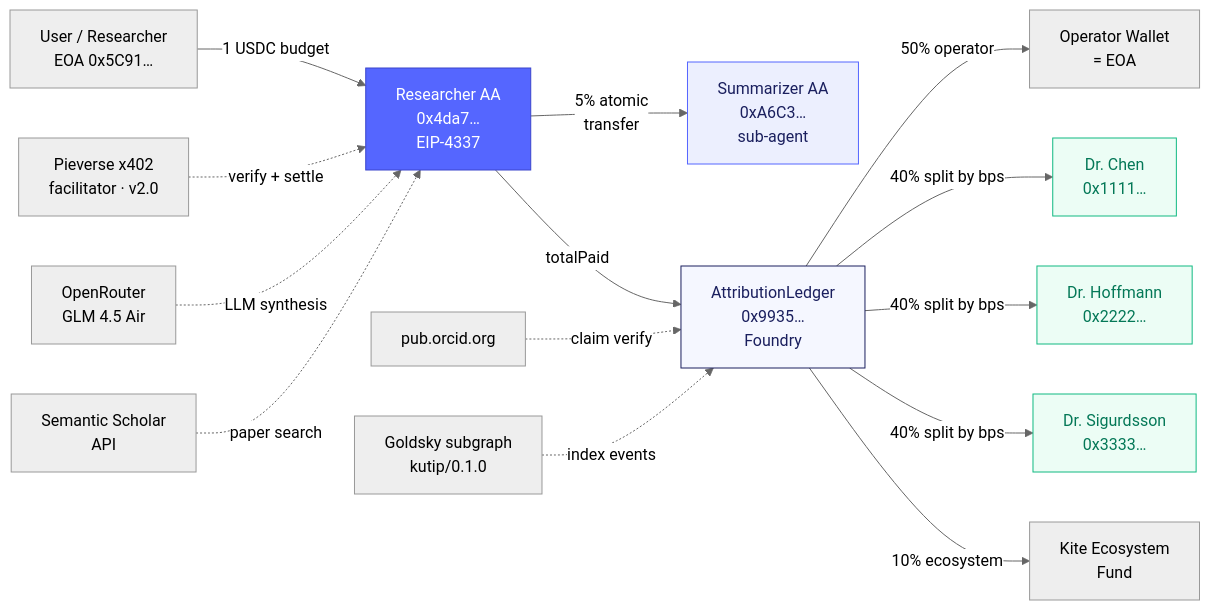
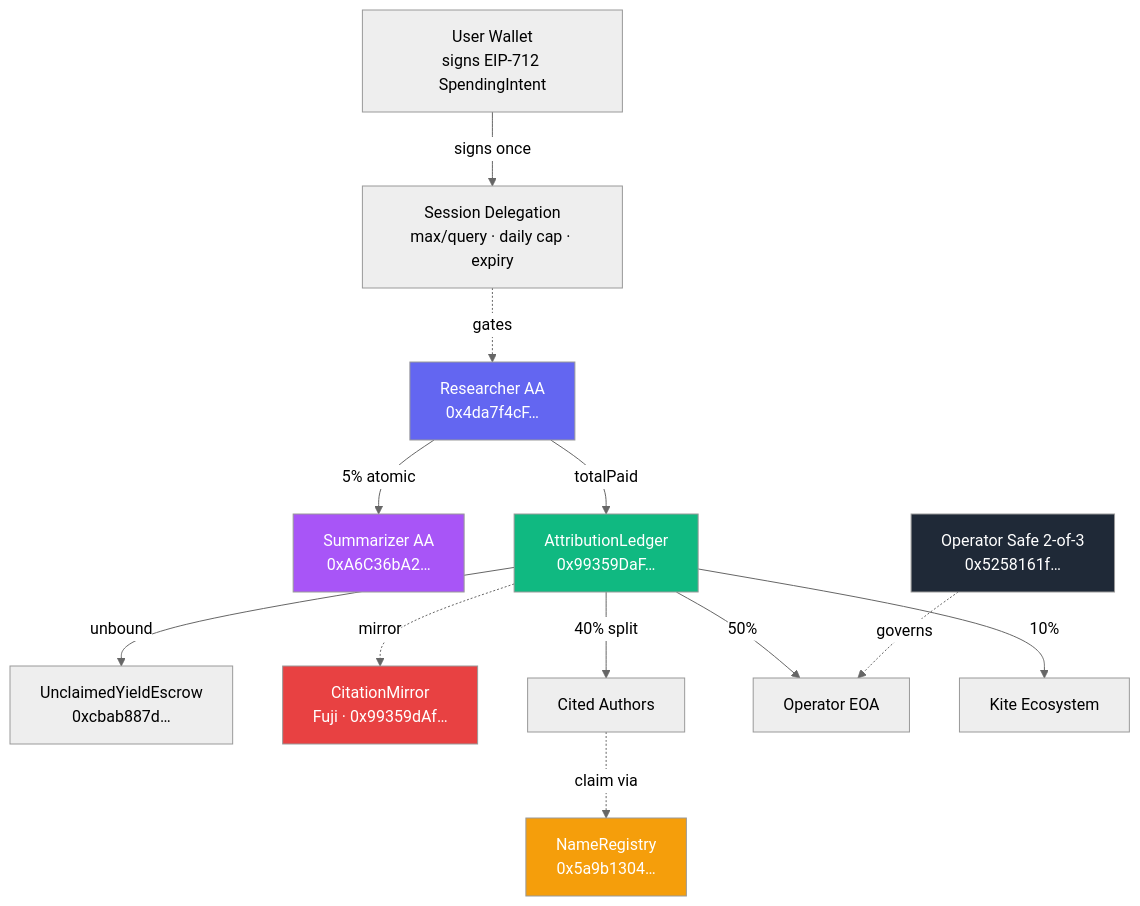
One commit to PugarHuda/kutip changed the diagram in docs/submission-copy.md. Above: the diagram before and after it, drawn with Mermaid (neutral theme). The commit also changed other lines of this file and 6 other files, not shown here.

````diff
--- a/docs/submission-copy.md
+++ b/docs/submission-copy.md
@@ -134,24 +130,31 @@
 ```mermaid
-flowchart LR
-  User[User / Researcher<br/>EOA 0x5C91…] -->|1 USDC budget| Researcher
-  Researcher[Researcher AA<br/>0x4da7…<br/>EIP-4337] -->|5% atomic<br/>transfer| Summarizer[Summarizer AA<br/>0xA6C3…<br/>sub-agent]
-  Researcher -->|totalPaid| Ledger[AttributionLedger<br/>0x9935…<br/>Foundry]
-  Ledger -->|50% operator| Operator[Operator Wallet<br/>= EOA]
-  Ledger -->|40% split by bps| Chen[Dr. Chen<br/>0x1111…]
-  Ledger -->|40% split by bps| Hoffmann[Dr. Hoffmann<br/>0x2222…]
-  Ledger -->|40% split by bps| Sigurdsson[Dr. Sigurdsson<br/>0x3333…]
-  Ledger -->|10% ecosystem| Eco[Kite Ecosystem<br/>Fund]
+flowchart TB
+    User[User Wallet<br/>signs EIP-712 SpendingIntent]
+    Passport[Session Delegation<br/>max/query · daily cap · expiry]
+    Researcher[Researcher AA<br/>0x4da7f4cF…]
+    Summarizer[Summarizer AA<br/>0xA6C36bA2…]
+    Ledger[AttributionLedger<br/>0x99359DaF…]
+    NameReg[NameRegistry<br/>0x5a9b1304…]
+    Escrow[UnclaimedYieldEscrow<br/>0xcbab887d…]
+    Mirror[CitationMirror<br/>Fuji · 0x99359dAf…]
+    Safe[Operator Safe 2-of-3<br/>0x5258161f…]
 
-  Pieverse[Pieverse x402<br/>facilitator · v2.0] -.verify + settle.-> Researcher
-  OpenRouter[OpenRouter<br/>GLM 4.5 Air] -.LLM synthesis.-> Researcher
-  SS[Semantic Scholar<br/>API] -.paper search.-> Researcher
-  ORCID[pub.orcid.org] -.claim verify.-> Ledger
-  Goldsky[Goldsky subgraph<br/>kutip/0.1.0] -.index events.-> Ledger
+    User --signs once--> Passport
+    Passport -.gates.-> Researcher
+    Researcher --5% atomic--> Summarizer
+    Researcher --totalPaid--> Ledger
+    Ledger --40% split--> Authors[Cited Authors]
+    Ledger --50%--> Operator[Operator EOA]
+    Ledger --10%--> Eco[Kite Ecosystem]
+    Authors -.claim via.-> NameReg
+    Ledger --unbound--> Escrow
+    Ledger -.mirror.-> Mirror
+    Safe -.governs.-> Operator
 
-  style Researcher fill:#5566ff,stroke:#3a44cc,color:#fff
-  style Summarizer fill:#eceffe,stroke:#5566ff,color:#1a1f5e
-  style Ledger fill:#f5f7ff,stroke:#1a1f5e,color:#1a1f5e
-  style Chen fill:#ecfdf5,stroke:#10b981,color:#047857
-  style Hoffmann fill:#ecfdf5,stroke:#10b981,color:#047857
-  style Sigurdsson fill:#ecfdf5,stroke:#10b981,color:#047857
+    style Researcher fill:#6366f1,color:#fff
+    style Summarizer fill:#a855f7,color:#fff
+    style Ledger fill:#10b981,color:#fff
+    style NameReg fill:#f59e0b,color:#fff
+    style Mirror fill:#e84142,color:#fff
+    style Safe fill:#1f2937,color:#fff
 ```
````
